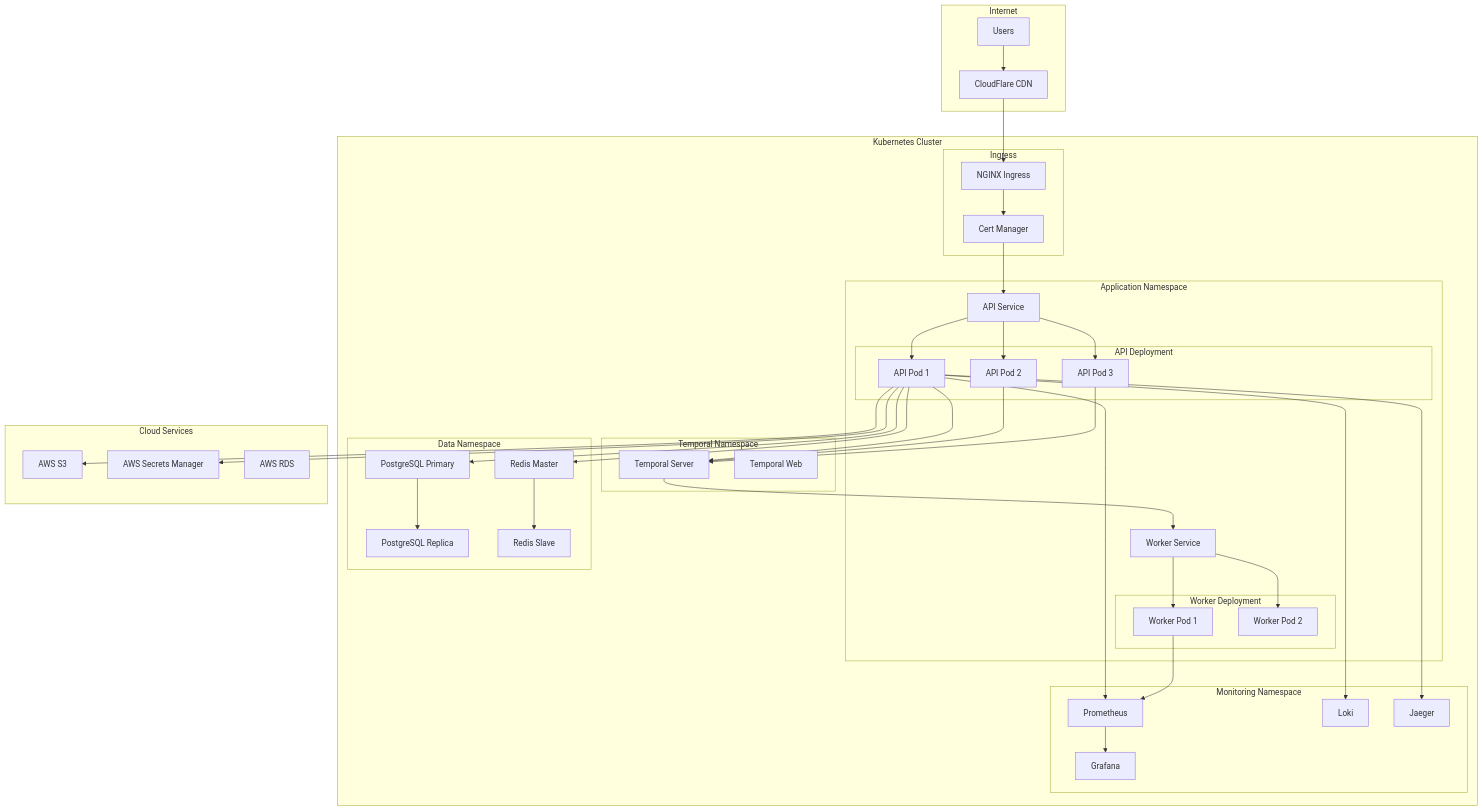
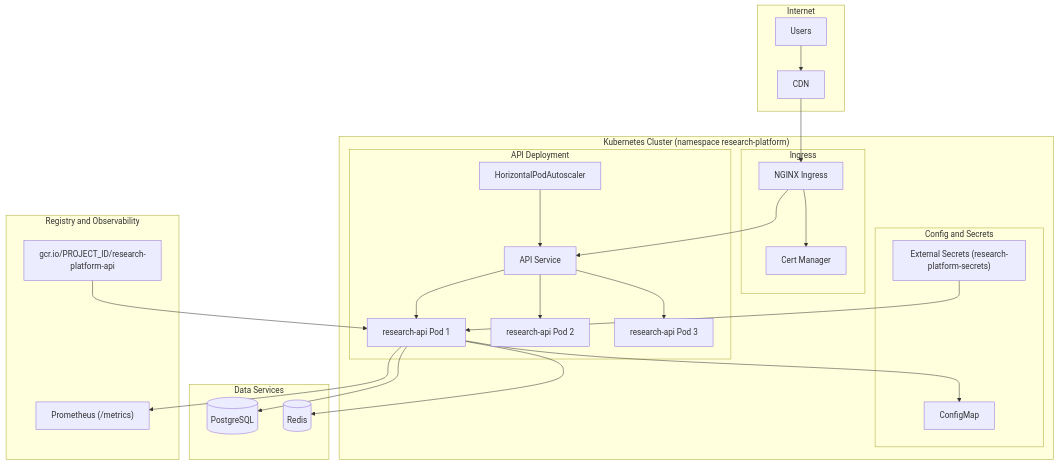
Before and after one commit to jsogarro/cerebro: the seventh of 8 diagrams in docs/system-architecture-diagrams.md, drawn with Mermaid. The commit also changed other lines of this file and 36 other files, not shown here.

First line of the commit message:
docs: align all documentation with the current architecture

````diff
--- a/docs/system-architecture-diagrams.md
+++ b/docs/system-architecture-diagrams.md
@@ -503,87 +600,53 @@
 ```mermaid
 graph TB
     subgraph "Internet"
-        USERS[Users]
-        CDN[CloudFlare CDN]
+        USERS["Users"]
+        CDN["CDN"]
     end
-    
-    subgraph "Kubernetes Cluster"
+
+    subgraph "Kubernetes Cluster (namespace research-platform)"
         subgraph "Ingress"
-            NGINX[NGINX Ingress]
-            CERT[Cert Manager]
+            NGINX["NGINX Ingress"]
+            CERT["Cert Manager"]
         end
-        
-        subgraph "Application Namespace"
-            subgraph "API Deployment"
-                API_POD1[API Pod 1]
-                API_POD2[API Pod 2]
-                API_POD3[API Pod 3]
-            end
-            
-            subgraph "Worker Deployment"
-                WORKER_POD1[Worker Pod 1]
-                WORKER_POD2[Worker Pod 2]
-            end
-            
-            API_SVC[API Service]
-            WORKER_SVC[Worker Service]
+
+        subgraph "API Deployment"
+            API_POD1["research-api Pod 1"]
+            API_POD2["research-api Pod 2"]
+            API_POD3["research-api Pod 3"]
+            API_SVC["API Service"]
+            HPA["HorizontalPodAutoscaler"]
         end
-        
-        subgraph "Temporal Namespace"
-            TEMPORAL_SERVER[Temporal Server]
-            TEMPORAL_WEB[Temporal Web]
-        end
-        
-        subgraph "Data Namespace"
-            PG_PRIMARY[PostgreSQL Primary]
-            PG_REPLICA[PostgreSQL Replica]
-            REDIS_MASTER[Redis Master]
-            REDIS_SLAVE[Redis Slave]
-        end
-        
-        subgraph "Monitoring Namespace"
-            PROMETHEUS[Prometheus]
-            GRAFANA[Grafana]
-            LOKI[Loki]
-            JAEGER[Jaeger]
+
+        subgraph "Config and Secrets"
+            CONFIGMAP["ConfigMap"]
+            ESO["External Secrets (research-platform-secrets)"]
         end
     end
-    
-    subgraph "Cloud Services"
-        S3_STORAGE[AWS S3]
-        SECRETS[AWS Secrets Manager]
-        RDS[AWS RDS]
+
+    subgraph "Data Services"
+        PG_PRIMARY[("PostgreSQL")]
+        REDIS_MASTER[("Redis")]
     end
-    
+
+    subgraph "Registry and Observability"
+        GCR["gcr.io/PROJECT_ID/research-platform-api"]
+        PROM_K8S["Prometheus (/metrics)"]
+    end
+
     USERS --> CDN
     CDN --> NGINX
     NGINX --> CERT
-    CERT --> API_SVC
-    
+    NGINX --> API_SVC
     API_SVC --> API_POD1
     API_SVC --> API_POD2
     API_SVC --> API_POD3
-    
-    API_POD1 --> TEMPORAL_SERVER
-    API_POD2 --> TEMPORAL_SERVER
-    API_POD3 --> TEMPORAL_SERVER
-    
-    TEMPORAL_SERVER --> WORKER_SVC
-    WORKER_SVC --> WORKER_POD1
-    WORKER_SVC --> WORKER_POD2
-    
+    HPA --> API_SVC
+
     API_POD1 --> PG_PRIMARY
-    PG_PRIMARY --> PG_REPLICA
-    
     API_POD1 --> REDIS_MASTER
-    REDIS_MASTER --> REDIS_SLAVE
-    
-    API_POD1 --> S3_STORAGE
-    API_POD1 --> SECRETS
-    
-    API_POD1 --> PROMETHEUS
-    WORKER_POD1 --> PROMETHEUS
-    PROMETHEUS --> GRAFANA
-    API_POD1 --> LOKI
-    API_POD1 --> JAEGER
+    API_POD1 --> CONFIGMAP
+    ESO --> API_POD1
+    GCR --> API_POD1
+    API_POD1 --> PROM_K8S
 ```
````
